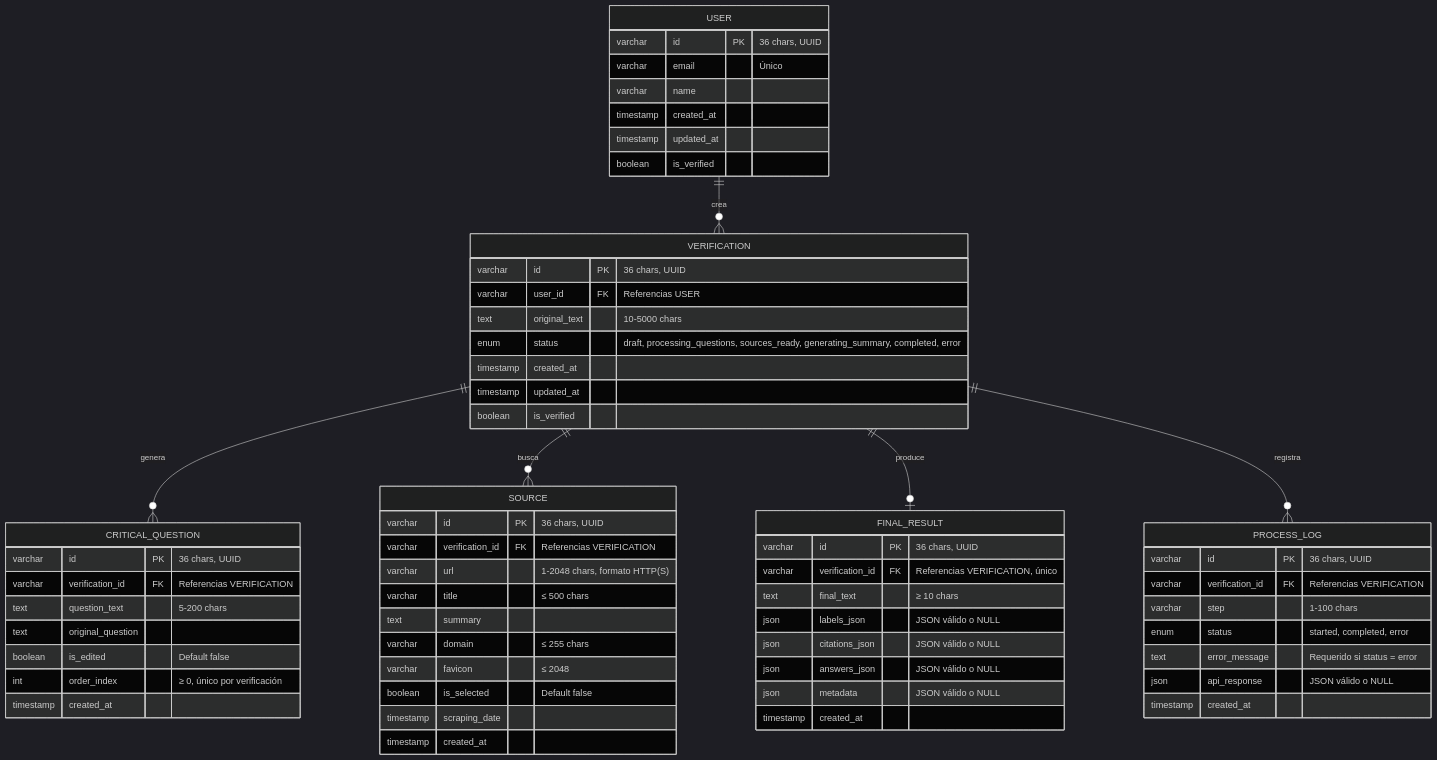
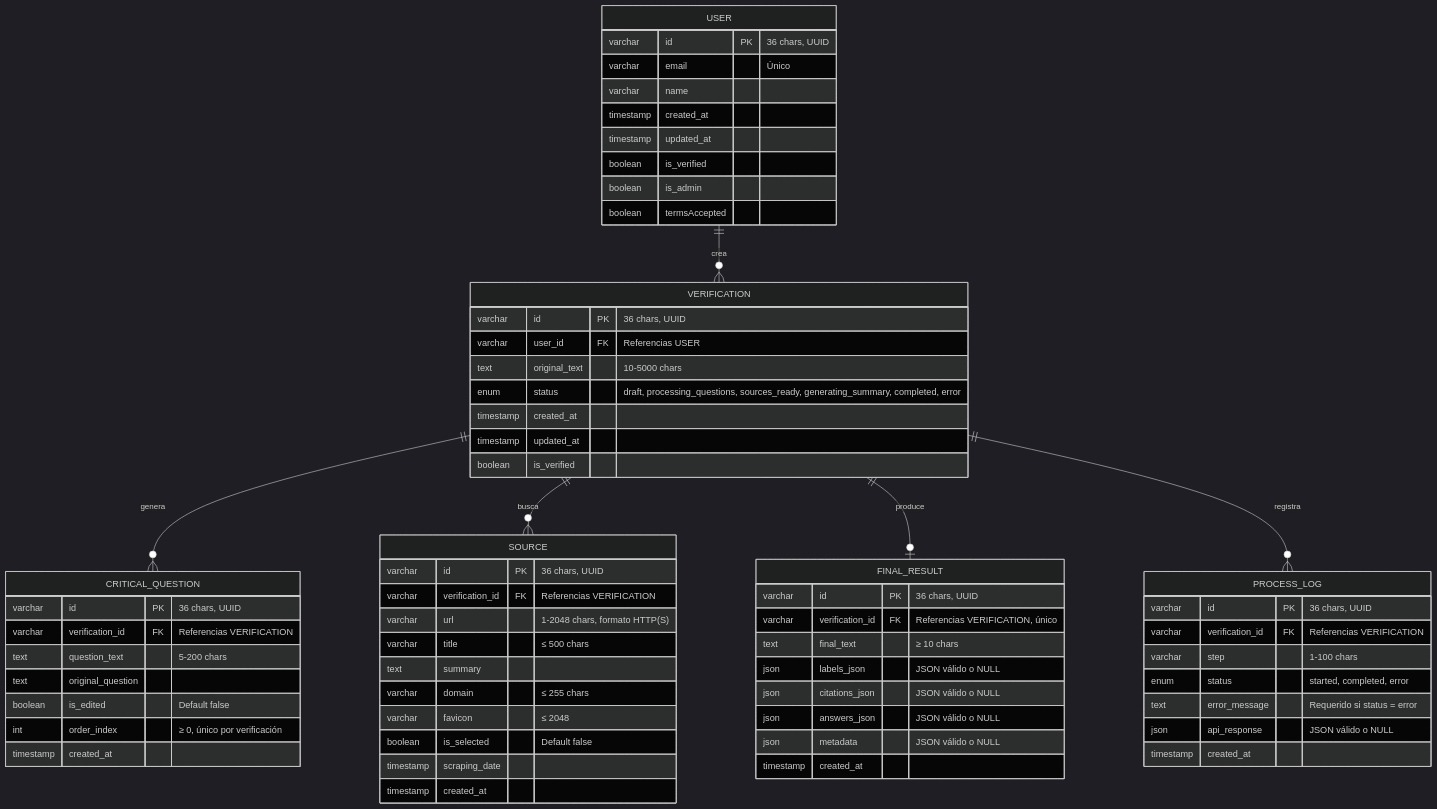
The third of 4 diagrams in docs/DATABASE.md (checkeapp-group/CheckeApp), drawn with Mermaid (dark theme) before and after one commit. The commit also changed other lines of this file and 3 other files, not shown here.

Commit message:
docs: update API documentation formatting and improve database schema descriptions

````diff
--- a/docs/DATABASE.md
+++ b/docs/DATABASE.md
@@ -246,71 +249,73 @@
 ```mermaid
 erDiagram
     USER ||--o{ VERIFICATION : "crea"
     VERIFICATION ||--o{ CRITICAL_QUESTION : "genera"
     VERIFICATION ||--o{ SOURCE : "busca"
     VERIFICATION ||--o| FINAL_RESULT : "produce"
     VERIFICATION ||--o{ PROCESS_LOG : "registra"
 
     USER {
         varchar id PK "36 chars, UUID"
         varchar email "Único"
         varchar name
         timestamp created_at
         timestamp updated_at
         boolean is_verified
+        boolean is_admin
+        boolean termsAccepted
     }
 
     VERIFICATION {
         varchar id PK "36 chars, UUID"
         varchar user_id FK "Referencias USER"
         text original_text "10-5000 chars"
         enum status "draft, processing_questions, sources_ready, generating_summary, completed, error"
         timestamp created_at
         timestamp updated_at
         boolean is_verified
     }
 
     CRITICAL_QUESTION {
         varchar id PK "36 chars, UUID"
         varchar verification_id FK "Referencias VERIFICATION"
         text question_text "5-200 chars"
         text original_question
         boolean is_edited "Default false"
         int order_index "≥ 0, único por verificación"
         timestamp created_at
     }
 
     SOURCE {
         varchar id PK "36 chars, UUID"
         varchar verification_id FK "Referencias VERIFICATION"
         varchar url "1-2048 chars, formato HTTP(S)"
         varchar title "≤ 500 chars"
         text summary
         varchar domain "≤ 255 chars"
         varchar favicon "≤ 2048"
         boolean is_selected "Default false"
         timestamp scraping_date
         timestamp created_at
     }
 
     FINAL_RESULT {
         varchar id PK "36 chars, UUID"
         varchar verification_id FK "Referencias VERIFICATION, único"
         text final_text "≥ 10 chars"
         json labels_json "JSON válido o NULL"
         json citations_json "JSON válido o NULL"
         json answers_json "JSON válido o NULL"
         json metadata "JSON válido o NULL"
         timestamp created_at
     }
 
     PROCESS_LOG {
         varchar id PK "36 chars, UUID"
         varchar verification_id FK "Referencias VERIFICATION"
         varchar step "1-100 chars"
         enum status "started, completed, error"
         text error_message "Requerido si status = error"
         json api_response "JSON válido o NULL"
         timestamp created_at
     }
 ```
````
